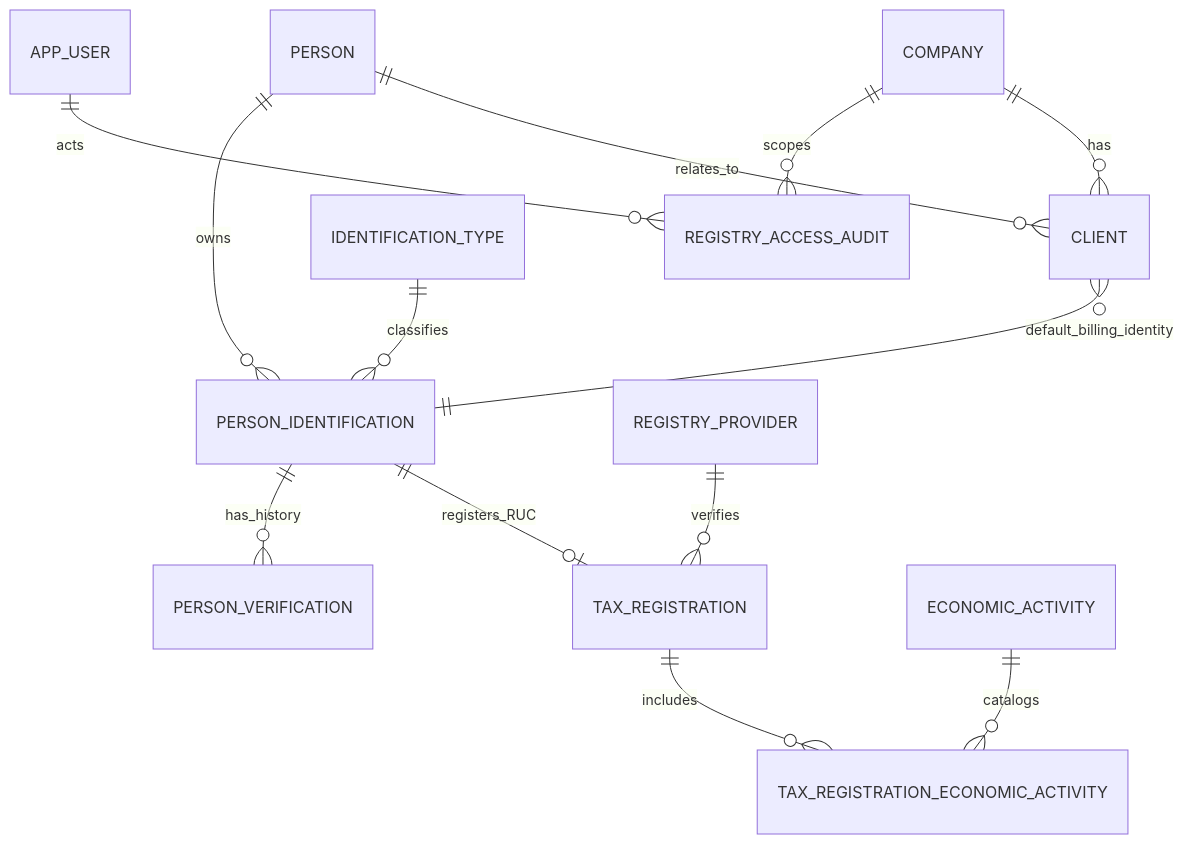
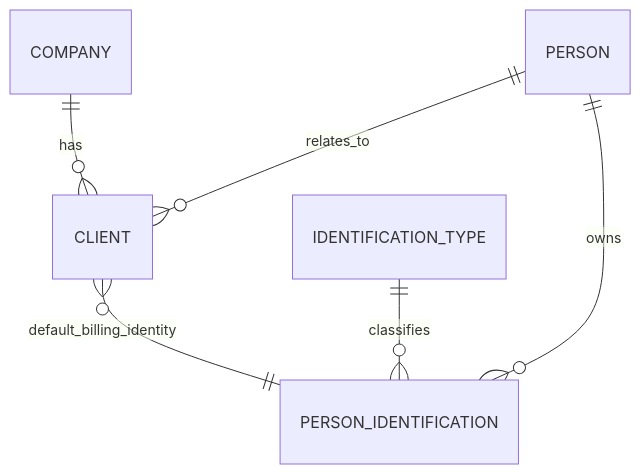
One commit to aguachis/Nicole-DB changed the diagram in database/docs/db/changes/20260905_centralizar_registro_global_clientes.md. Above: the diagram before and after it, drawn with Mermaid. The commit also changed other lines of this file and 33 other files, not shown here.

````diff
--- a/database/docs/db/changes/20260905_centralizar_registro_global_clientes.md
+++ b/database/docs/db/changes/20260905_centralizar_registro_global_clientes.md
@@ -17,15 +11,8 @@
 ```mermaid
 erDiagram
   COMPANY ||--o{ CLIENT : has
   PERSON ||--o{ CLIENT : relates_to
   PERSON ||--o{ PERSON_IDENTIFICATION : owns
   IDENTIFICATION_TYPE ||--o{ PERSON_IDENTIFICATION : classifies
-  PERSON_IDENTIFICATION ||--o| TAX_REGISTRATION : registers_RUC
-  REGISTRY_PROVIDER ||--o{ TAX_REGISTRATION : verifies
-  PERSON_IDENTIFICATION ||--o{ PERSON_VERIFICATION : has_history
-  TAX_REGISTRATION ||--o{ TAX_REGISTRATION_ECONOMIC_ACTIVITY : includes
-  ECONOMIC_ACTIVITY ||--o{ TAX_REGISTRATION_ECONOMIC_ACTIVITY : catalogs
   CLIENT }o--|| PERSON_IDENTIFICATION : default_billing_identity
-  COMPANY ||--o{ REGISTRY_ACCESS_AUDIT : scopes
-  APP_USER ||--o{ REGISTRY_ACCESS_AUDIT : acts
 ```
````
